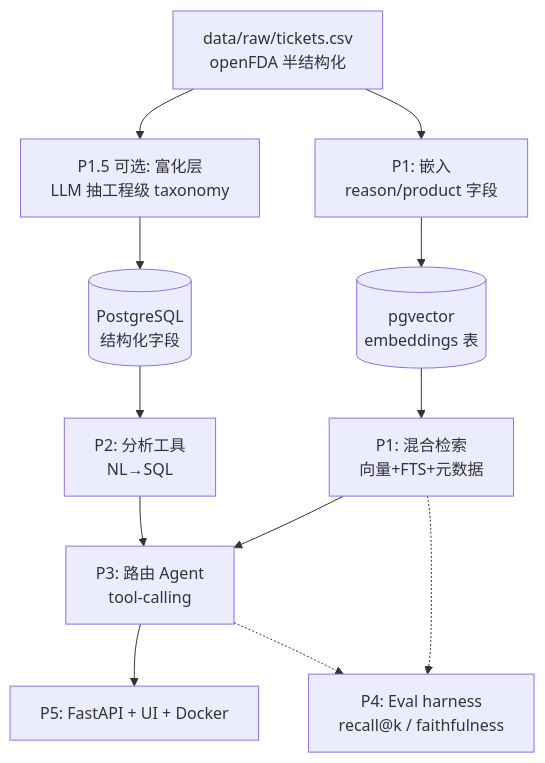
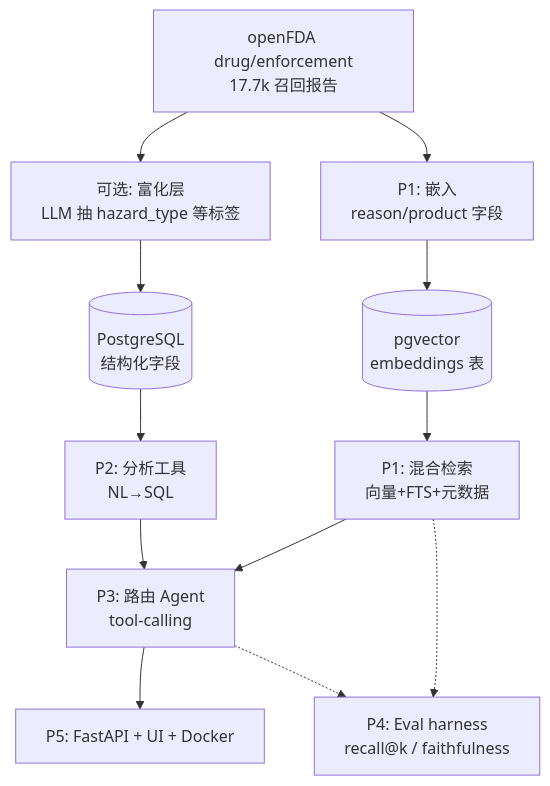
Before and after one commit to Wmx-5Percent/FDAgent: the diagram in PLAN.md, drawn with Mermaid. The commit also changed other lines of this file and 4 other files, not shown here.

First line of the commit message:
docs: remove all MRI/company framing — make the public repo fully openFDA-native

````diff
--- a/PLAN.md
+++ b/PLAN.md
@@ -26,14 +27,14 @@
 ```mermaid
 flowchart TB
-  A[data/raw/tickets.csv<br/>openFDA 半结构化] --> B[P1.5 可选: 富化层<br/>LLM 抽工程级 taxonomy]
+  A[openFDA drug/enforcement<br/>17.7k 召回报告] --> B[可选: 富化层<br/>LLM 抽 hazard_type 等标签]
   B --> C[(PostgreSQL<br/>结构化字段)]
   A --> D[P1: 嵌入<br/>reason/product 字段]
   D --> E[(pgvector<br/>embeddings 表)]
   C --> F[P2: 分析工具<br/>NL→SQL]
   E --> G[P1: 混合检索<br/>向量+FTS+元数据]
   G --> H[P3: 路由 Agent<br/>tool-calling]
   F --> H
   H --> I[P5: FastAPI + UI + Docker]
   G -.-> J[P4: Eval harness<br/>recall@k / faithfulness]
   H -.-> J
 ```
````
